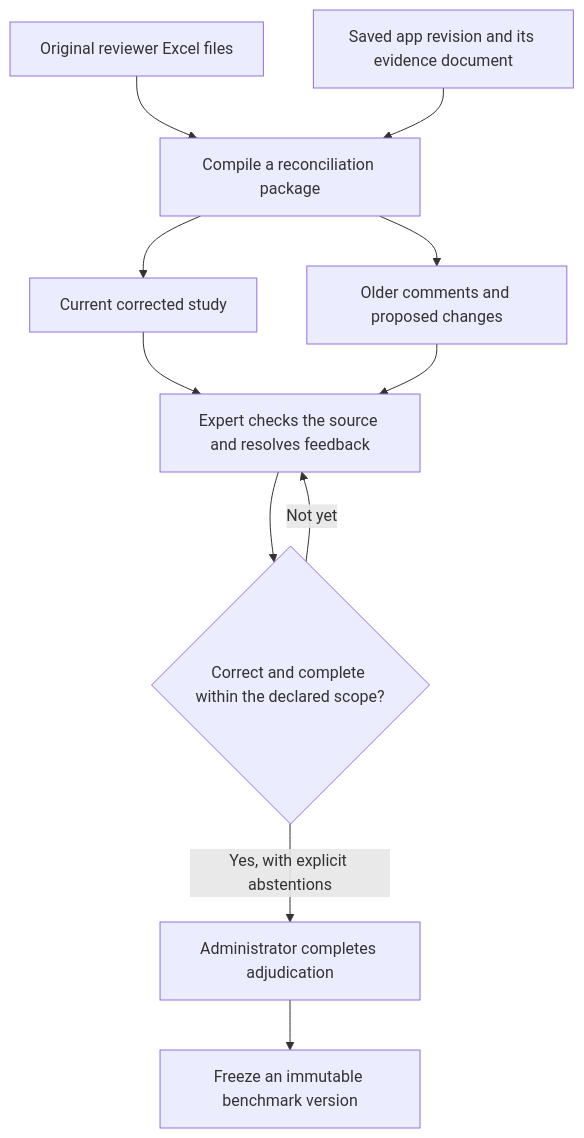
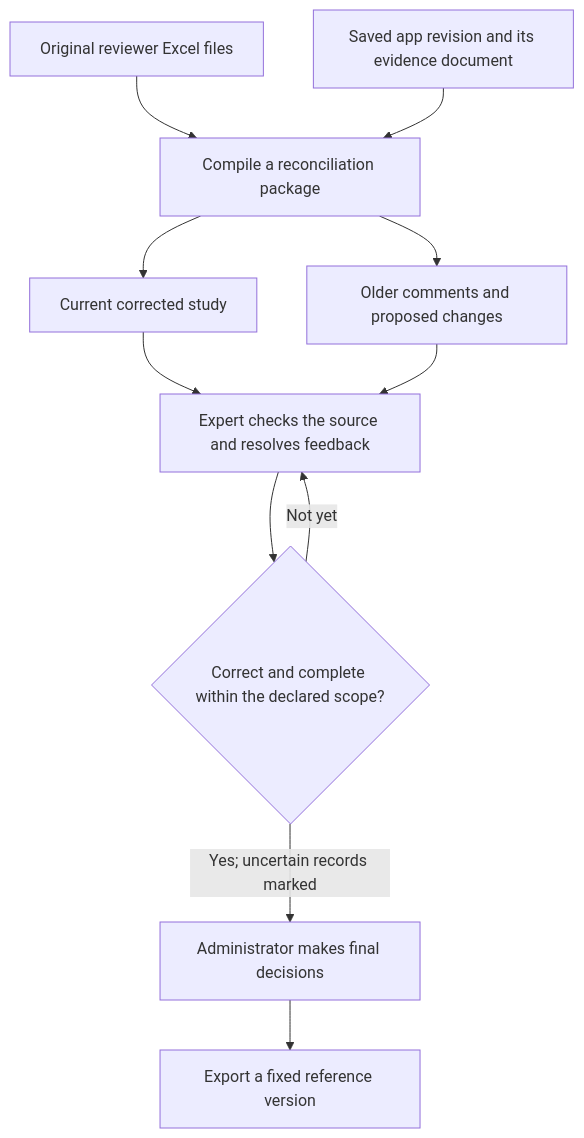
One commit to lamalab-org/perla-extract changed the first of 2 diagrams in docs/workflows/review-to-benchmark.md. Above: the diagram before and after it, drawn with Mermaid. The commit also changed other lines of this file and 4 other files, not shown here.

````diff
--- a/docs/workflows/review-to-benchmark.md
+++ b/docs/workflows/review-to-benchmark.md
@@ -16,13 +18,13 @@
 ```mermaid
 flowchart TD
     A[Original reviewer Excel files] --> C[Compile a reconciliation package]
     B[Saved app revision and its evidence document] --> C
     C --> D[Current corrected study]
     C --> E[Older comments and proposed changes]
     D --> F[Expert checks the source and resolves feedback]
     E --> F
     F --> G{Correct and complete within the declared scope?}
     G -->|Not yet| F
-    G -->|Yes, with explicit abstentions| H[Administrator completes adjudication]
-    H --> I[Freeze an immutable benchmark version]
+    G -->|Yes; uncertain records marked| H[Administrator makes final decisions]
+    H --> I[Export a fixed reference version]
 ```
````
